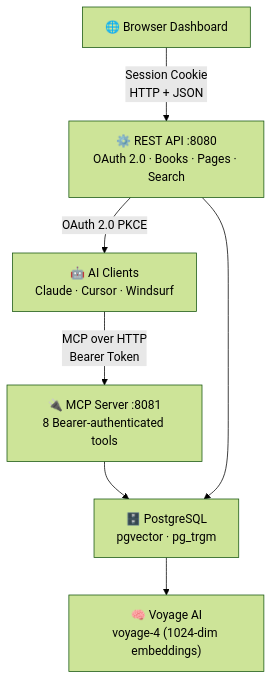
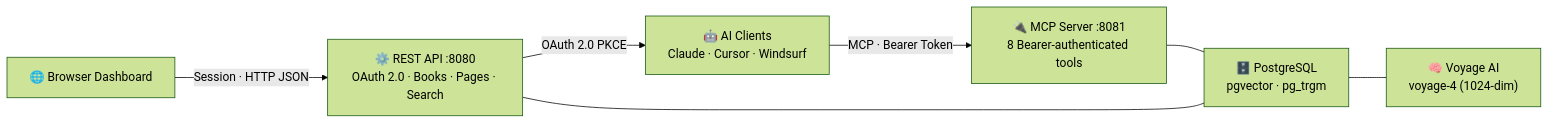
The diagram in README.md (aditya201551/context-book), drawn with Mermaid (forest theme) before and after one commit.

````diff
--- a/README.md
+++ b/README.md
@@ -11,16 +11,16 @@
 ```mermaid
-flowchart TB
+flowchart LR
     AI["🤖 AI Clients\nClaude · Cursor · Windsurf"]
     Browser["🌐 Browser Dashboard"]
     MCP["🔌 MCP Server :8081\n8 Bearer-authenticated tools"]
     API["⚙️ REST API :8080\nOAuth 2.0 · Books · Pages · Search"]
     DB["🗄️ PostgreSQL\npgvector · pg_trgm"]
-    VOYAGE["🧠 Voyage AI\nvoyage-4 (1024-dim embeddings)"]
+    VOYAGE["🧠 Voyage AI\nvoyage-4 (1024-dim)"]
 
-    AI -->|"MCP over HTTP\nBearer Token"| MCP
-    Browser -->|"Session Cookie\nHTTP + JSON"| API
-    MCP --> DB
-    API --> DB
-    API -->|"OAuth 2.0 PKCE"| AI
-    DB --> VOYAGE
+    AI -- "MCP · Bearer Token" --> MCP
+    Browser -- "Session · HTTP JSON" --> API
+    MCP --- DB
+    API --- DB
+    API -- "OAuth 2.0 PKCE" --> AI
+    DB --- VOYAGE
 ```
````
